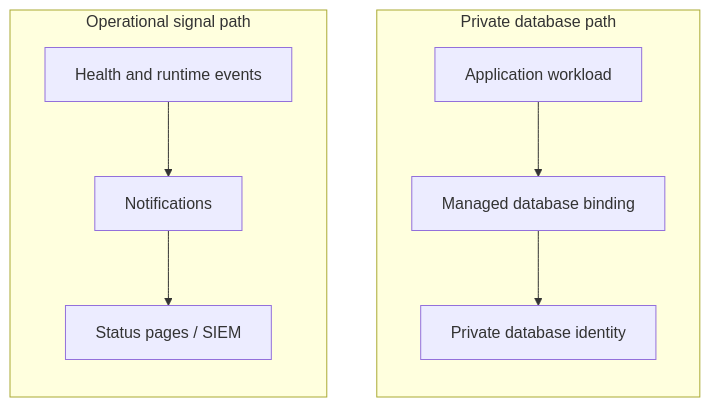
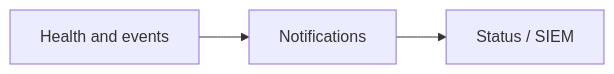
Before and after one commit to the-square-labs/gateway-docs: the fourth of 4 diagrams in src/content/docs/en/index.mdx, drawn with Mermaid. The commit also changed other lines of this file and 74 other files, not shown here.

````diff
--- a/src/content/docs/en/index.mdx
+++ b/src/content/docs/en/index.mdx
@@ -56,12 +60,4 @@
 ```mermaid
-flowchart TB
-    subgraph database["Private database path"]
-        direction TB
-        application["Application workload"] --> binding["Managed database binding"] --> identity["Private database identity"]
-    end
-
-    subgraph operations["Operational signal path"]
-        direction TB
-        events["Health and runtime events"] --> notifications["Notifications"] --> consumers["Status pages / SIEM"]
-    end
+flowchart LR
+    events["Health and events"] --> notifications["Notifications"] --> consumers["Status / SIEM"]
 ```
````
